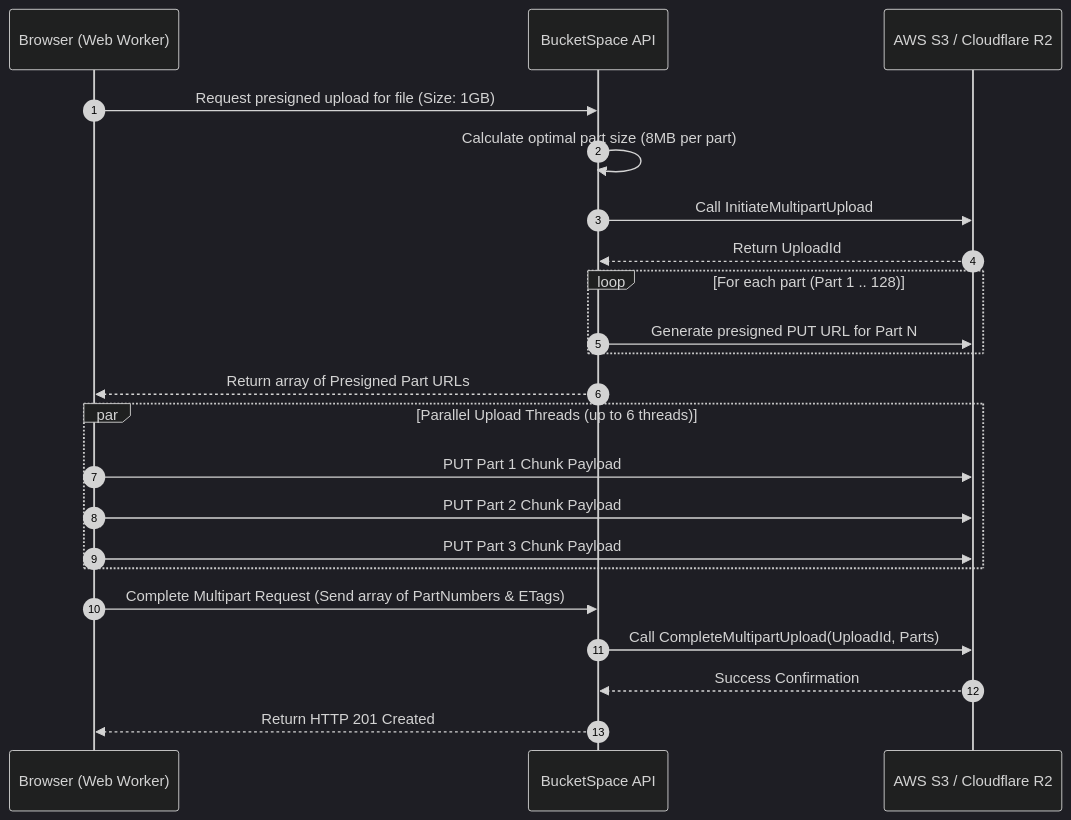
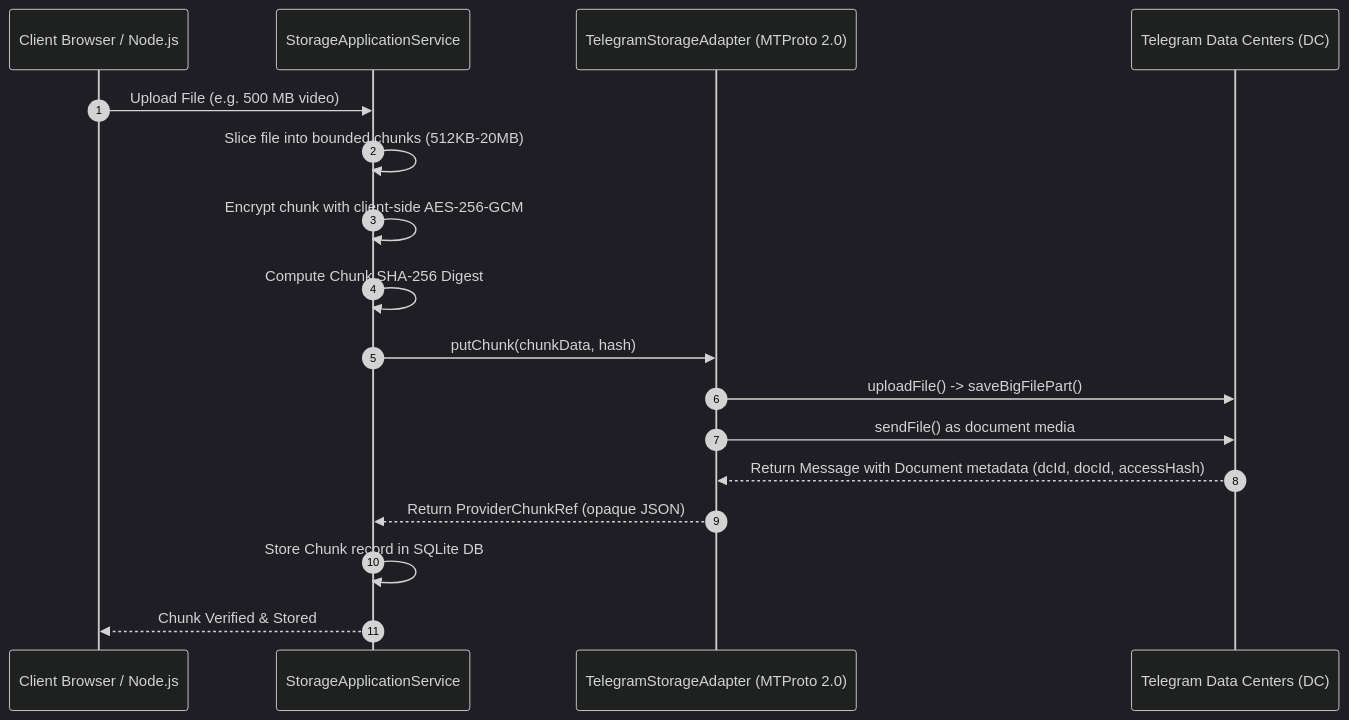
One commit to vanrajsinh650/BucketSpace changed the second of 2 diagrams in context/13_STORAGE_ARCHITECTURE.md. Above: the diagram before and after it, drawn with Mermaid (dark theme). The commit also changed other lines of this file and 38 other files, not shown here.

Commit message:
remove ai components and cloud connectors to focus exclusively on telegram storage

````diff
--- a/context/13_STORAGE_ARCHITECTURE.md
+++ b/context/13_STORAGE_ARCHITECTURE.md
@@ -24,28 +22,20 @@
 ```mermaid
 sequenceDiagram
     autonumber
-    participant Client as Browser (Web Worker)
-    participant Gateway as BucketSpace API
-    participant S3 as AWS S3 / Cloudflare R2
+    participant Client as Client Browser / Node.js
+    participant Service as StorageApplicationService
+    participant Adapter as TelegramStorageAdapter (MTProto 2.0)
+    participant TG as Telegram Data Centers (DC)
 
-    Client->>Gateway: Request presigned upload for file (Size: 1GB)
-    Gateway->>Gateway: Calculate optimal part size (8MB per part)
-    Gateway->>S3: Call InitiateMultipartUpload
-    S3-->>Gateway: Return UploadId
-    
-    loop For each part (Part 1 .. 128)
-        Gateway->>S3: Generate presigned PUT URL for Part N
-    end
-    Gateway-->>Client: Return array of Presigned Part URLs
-
-    par Parallel Upload Threads (up to 6 threads)
-        Client->>S3: PUT Part 1 Chunk Payload
-        Client->>S3: PUT Part 2 Chunk Payload
-        Client->>S3: PUT Part 3 Chunk Payload
-    end
-
-    Client->>Gateway: Complete Multipart Request (Send array of PartNumbers & ETags)
-    Gateway->>S3: Call CompleteMultipartUpload(UploadId, Parts)
-    S3-->>Gateway: Success Confirmation
-    Gateway-->>Client: Return HTTP 201 Created
+    Client->>Service: Upload File (e.g. 500 MB video)
+    Service->>Service: Slice file into bounded chunks (512KB-20MB)
+    Service->>Service: Encrypt chunk with client-side AES-256-GCM
+    Service->>Service: Compute Chunk SHA-256 Digest
+    Service->>Adapter: putChunk(chunkData, hash)
+    Adapter->>TG: uploadFile() -> saveBigFilePart()
+    Adapter->>TG: sendFile() as document media
+    TG-->>Adapter: Return Message with Document metadata (dcId, docId, accessHash)
+    Adapter-->>Service: Return ProviderChunkRef (opaque JSON)
+    Service->>Service: Store Chunk record in SQLite DB
+    Service-->>Client: Chunk Verified & Stored
 ```
````
